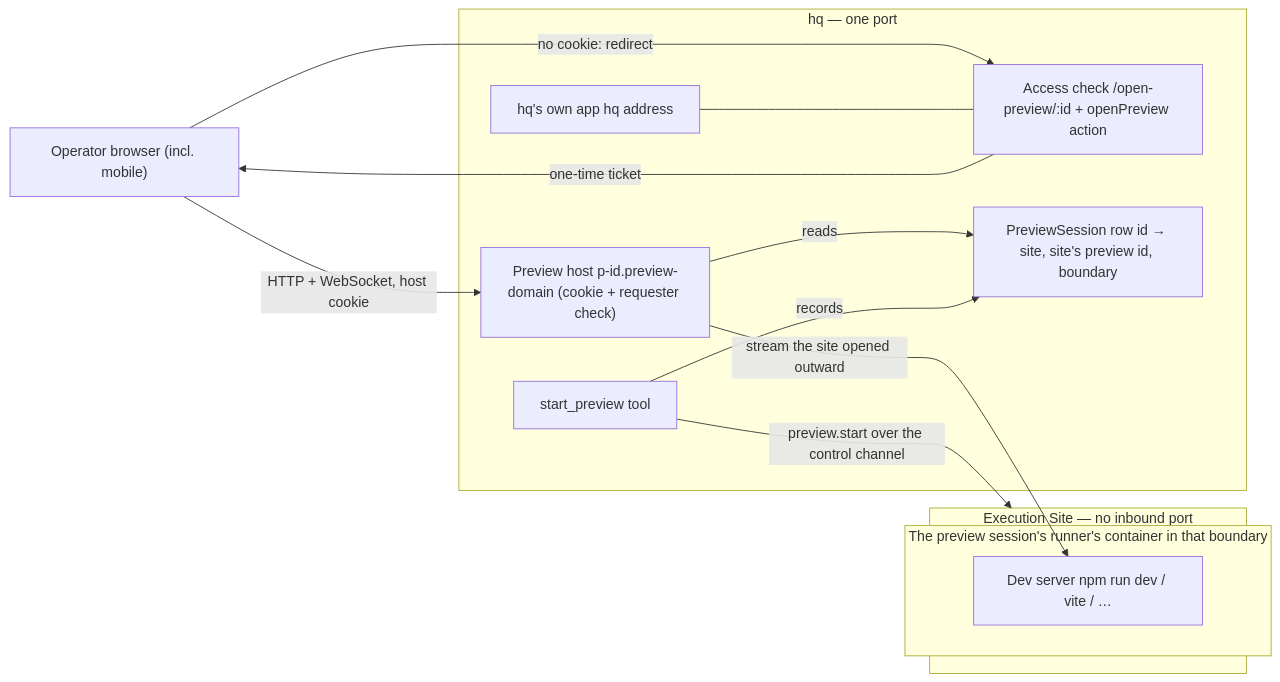
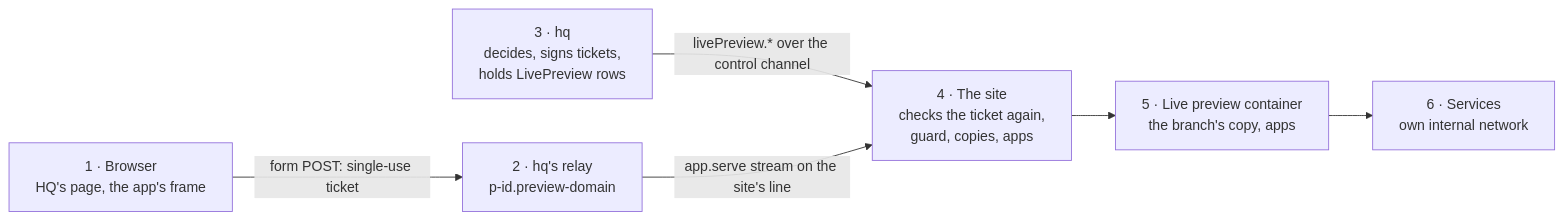
The diagram in docs/architecture/sites/site_live_preview.md (solution84-com/agenthix), drawn with Mermaid before and after one commit. The commit also changed other lines of this file and 30 other files, not shown here.

Commit message:
docs(guide,architecture,qa): live previews in the guide and the architecture; QA stories and scenarios for the unit

````diff
--- a/docs/architecture/sites/site_live_preview.md
+++ b/docs/architecture/sites/site_live_preview.md
@@ -17,27 +12,8 @@
 ```mermaid
-graph LR
-    Browser["Operator browser (incl. mobile)"]
-
-    subgraph HQ["hq — one port"]
-        App["hq's own app hq address"]
-        Check["Access check /open-preview/:id + openPreview action"]
-        Host["Preview host p-id.preview-domain (cookie + requester check)"]
-        Registry["PreviewSession row id → site, site's preview id, boundary"]
-        Tool["start_preview tool"]
-    end
-
-    subgraph Site["Execution Site — no inbound port"]
-        subgraph Box["The preview session's runner's container in that boundary"]
-            Dev["Dev server npm run dev / vite / …"]
-        end
-    end
-
-    Browser -->|no cookie: redirect| Check
-    Check -->|one-time ticket| Browser
-    Browser -->|HTTP + WebSocket, host cookie| Host
-    Host -->|reads| Registry
-    Host -->|stream the site opened outward| Dev
-    Tool -->|preview.start over the control channel| Site
-    Tool -->|records| Registry
-    App --- Check
+flowchart LR
+    B["1 · Browser<br/>HQ's page, the app's frame"] -- "form POST: single-use ticket" --> R["2 · hq's relay<br/>p-id.preview-domain"]
+    HQ["3 · hq<br/>decides, signs tickets,<br/>holds LivePreview rows"] -- "livePreview.* over the control channel" --> S
+    R -- "app.serve stream on the site's line" --> S["4 · The site<br/>checks the ticket again,<br/>guard, copies, apps"]
+    S --> C["5 · Live preview container<br/>the branch's copy, apps"]
+    C --> SV["6 · Services<br/>own internal network"]
 ```
````
